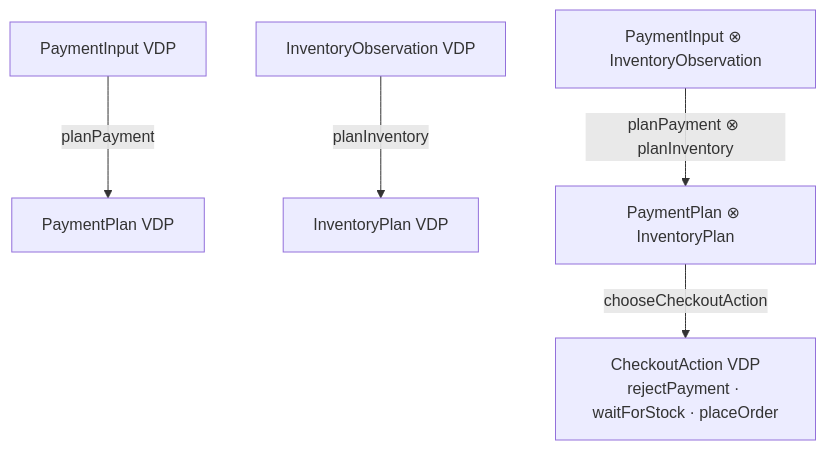
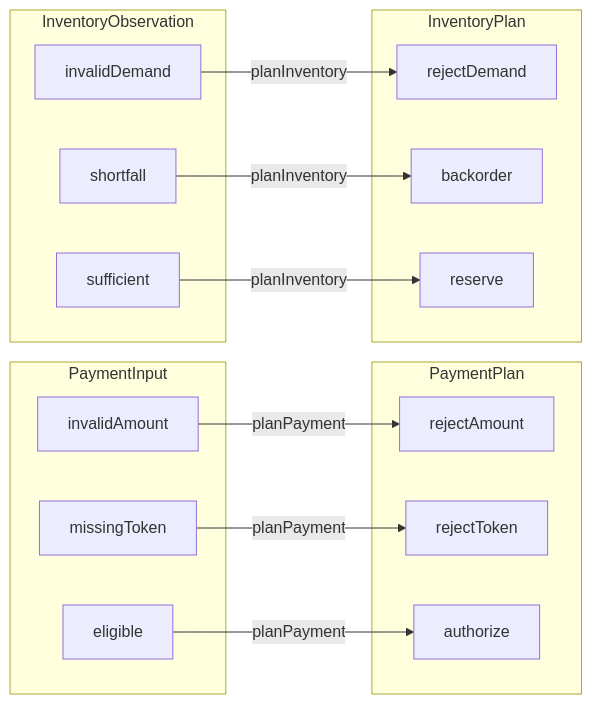
The second of 3 diagrams in README.md (mrvanish97/archiscript), drawn with Mermaid before and after one commit. The commit also changed other lines of this file, not shown here.

Commit message:
docs: show member-level VDP mappings in checkout

````diff
--- a/README.md
+++ b/README.md
@@ -78,12 +64,34 @@
 ```mermaid
-flowchart TB
-  P["PaymentInput VDP"] -->|"planPayment"| PP["PaymentPlan VDP"]
-  I["InventoryObservation VDP"] -->|"planInventory"| IP["InventoryPlan VDP"]
+flowchart LR
+  subgraph PIN["PaymentInput"]
+    P0["invalidAmount"]
+    P1["missingToken"]
+    P2["eligible"]
+  end
 
-  JI["PaymentInput ⊗ InventoryObservation"]
-  JP["PaymentPlan ⊗ InventoryPlan"]
-  A["CheckoutAction VDP<br/>rejectPayment · waitForStock · placeOrder"]
+  subgraph POUT["PaymentPlan"]
+    Q0["rejectAmount"]
+    Q1["rejectToken"]
+    Q2["authorize"]
+  end
 
-  JI -->|"planPayment ⊗ planInventory"| JP
-  JP -->|"chooseCheckoutAction"| A
+  subgraph IIN["InventoryObservation"]
+    I0["invalidDemand"]
+    I1["shortfall"]
+    I2["sufficient"]
+  end
+
+  subgraph IOUT["InventoryPlan"]
+    J0["rejectDemand"]
+    J1["backorder"]
+    J2["reserve"]
+  end
+
+  P0 -->|"planPayment"| Q0
+  P1 -->|"planPayment"| Q1
+  P2 -->|"planPayment"| Q2
+
+  I0 -->|"planInventory"| J0
+  I1 -->|"planInventory"| J1
+  I2 -->|"planInventory"| J2
 ```
````
